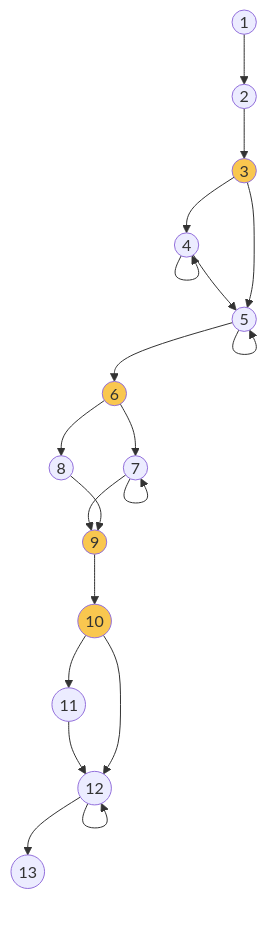
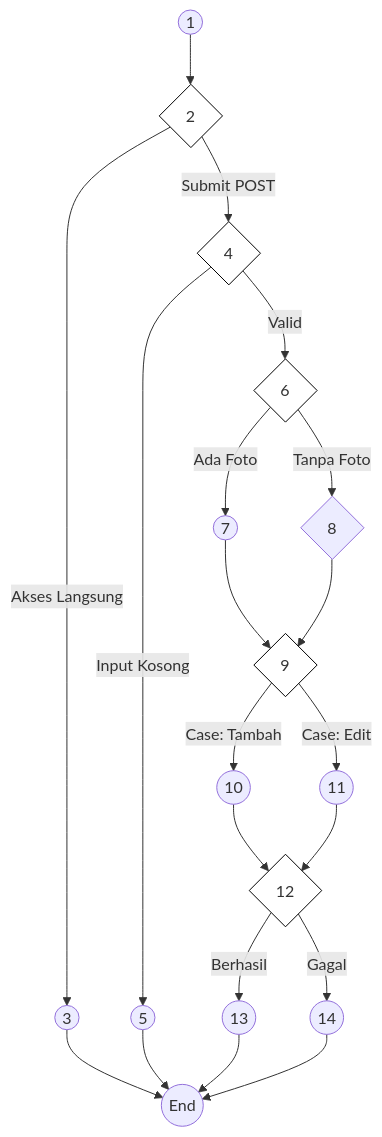
One commit to arbain-dev/Web_fikom changed the sixth of 6 diagrams in docs/07_PENGUJIAN_WHITE_BOX.md. Above: the diagram before and after it, drawn with Mermaid. The commit also changed other lines of this file, not shown here.

Commit message:
Redesign Flowchart, Flowgraph, and Statement Mapping for White Box report (Login, Pendaftaran, Dosen) to match image template

````diff
--- a/docs/07_PENGUJIAN_WHITE_BOX.md
+++ b/docs/07_PENGUJIAN_WHITE_BOX.md
@@ -66,27 +195,23 @@
 ```mermaid
 graph TD
-    N1((1)) --> N2((2))
-    N2 --> N3((3))
-    N3 --> N4((4))
-    N4 --> N4
-    N4 --> N5((5))
-    N3 --> N5
-    N5 --> N5
-    N5 --> N6((6))
-    N6 --> N7((7))
-    N7 --> N7
-    N7 --> N9((9))
-    N6 --> N8((8))
-    N8 --> N9
-    N9 --> N10((10))
-    N10 --> N11((11))
-    N11 --> N12((12))
-    N10 --> N12
-    N12 --> N12
-    N12 --> N13((13))
+    N1((1)) --> N2{2}
+    N2 -- "Akses Langsung" --> N3((3))
+    N2 -- "Submit POST" --> N4{4}
+    N4 -- "Input Kosong" --> N5((5))
+    N4 -- "Valid" --> N6{6}
+    N6 -- "Ada Foto" --> N7((7))
+    N6 -- "Tanpa Foto" --> N8{8}
+    N7 & N8 --> N9{9}
+    N9 -- "Case: Tambah" --> N10((10))
+    N9 -- "Case: Edit" --> N11((11))
+    N10 & N11 --> N12{12}
+    N12 -- "Berhasil" --> N13((13))
+    N12 -- "Gagal" --> N14((14))
+    N3 & N5 & N13 & N14 --> N15((End))
 
-    style N3 fill:#f9c74f
-    style N6 fill:#f9c74f
-    style N9 fill:#f9c74f
-    style N10 fill:#f9c74f
+    style N2 fill:#fff,stroke:#000
+    style N4 fill:#fff,stroke:#000
+    style N6 fill:#fff,stroke:#000
+    style N9 fill:#fff,stroke:#000
+    style N12 fill:#fff,stroke:#000
 ```
````
